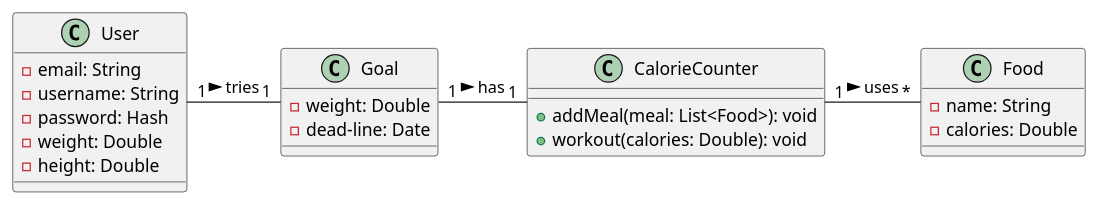
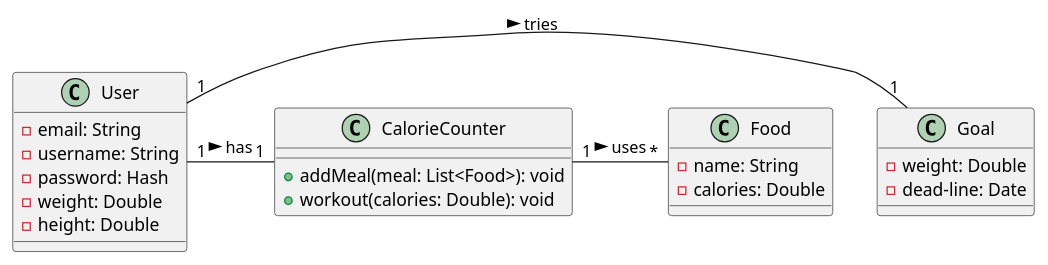
The diagram in asciidocs/plantuml/Klassendiagramm.puml (2223-3bhif-syp/02-projekte-CalorieCounter), drawn with PlantUML before and after one commit. The commit also changed 2 other files, not shown here.

Commit message:
Added diagrams (stable): created and added use case diagram to sysspec

```diff
--- a/asciidocs/plantuml/Klassendiagramm.puml
+++ b/asciidocs/plantuml/Klassendiagramm.puml
@@ -1,32 +1,32 @@
 @startuml
 
 top to bottom direction
 
 class User {
     - email: String
     - username: String
     - password: Hash
     - weight: Double
     - height: Double
 }
 
 class Goal {
     - weight: Double
     - dead-line: Date
 }
 
 class Food {
     - name: String
     - calories: Double
 }
 
 class CalorieCounter {
     + addMeal(meal: List<Food>): void
     + workout(calories: Double): void
 }
 
 User "1" - "1" Goal : > tries
-Goal "1" - "1" CalorieCounter : > has
+User "1" - "1" CalorieCounter : > has
 CalorieCounter "1" - "*" Food : > uses
 
 @enduml
```
